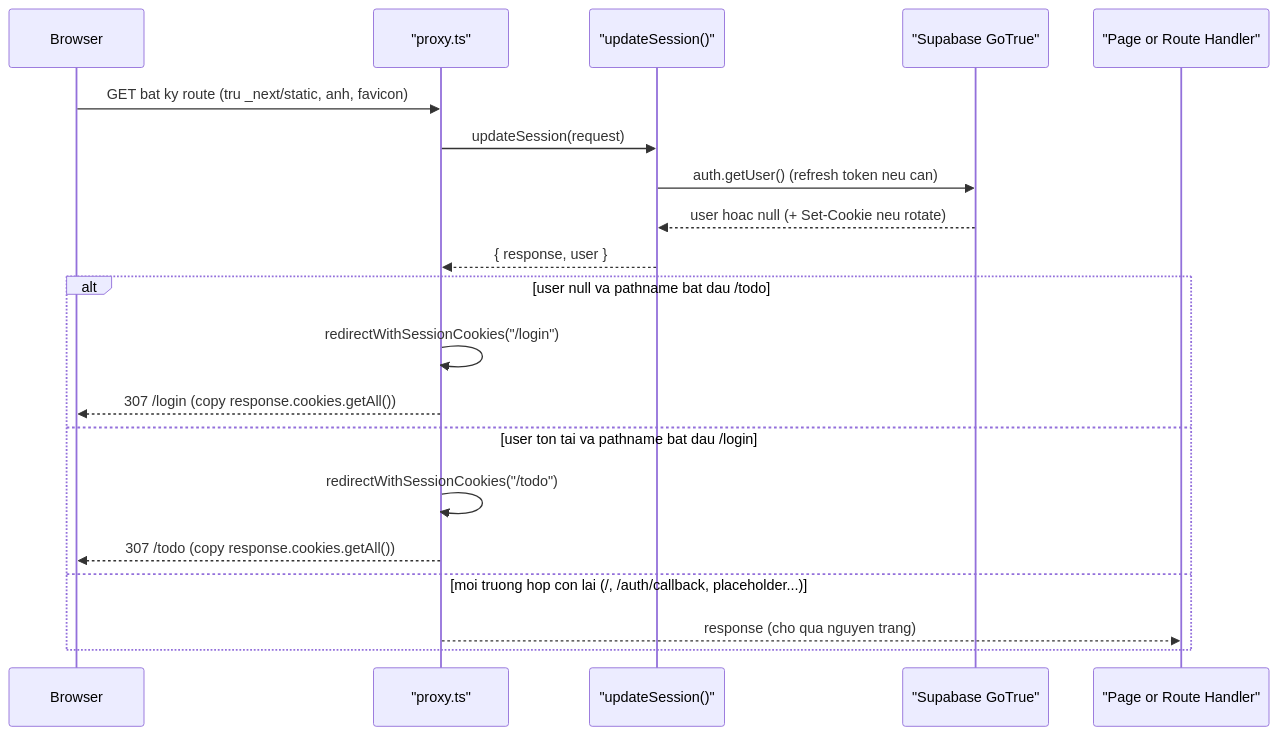
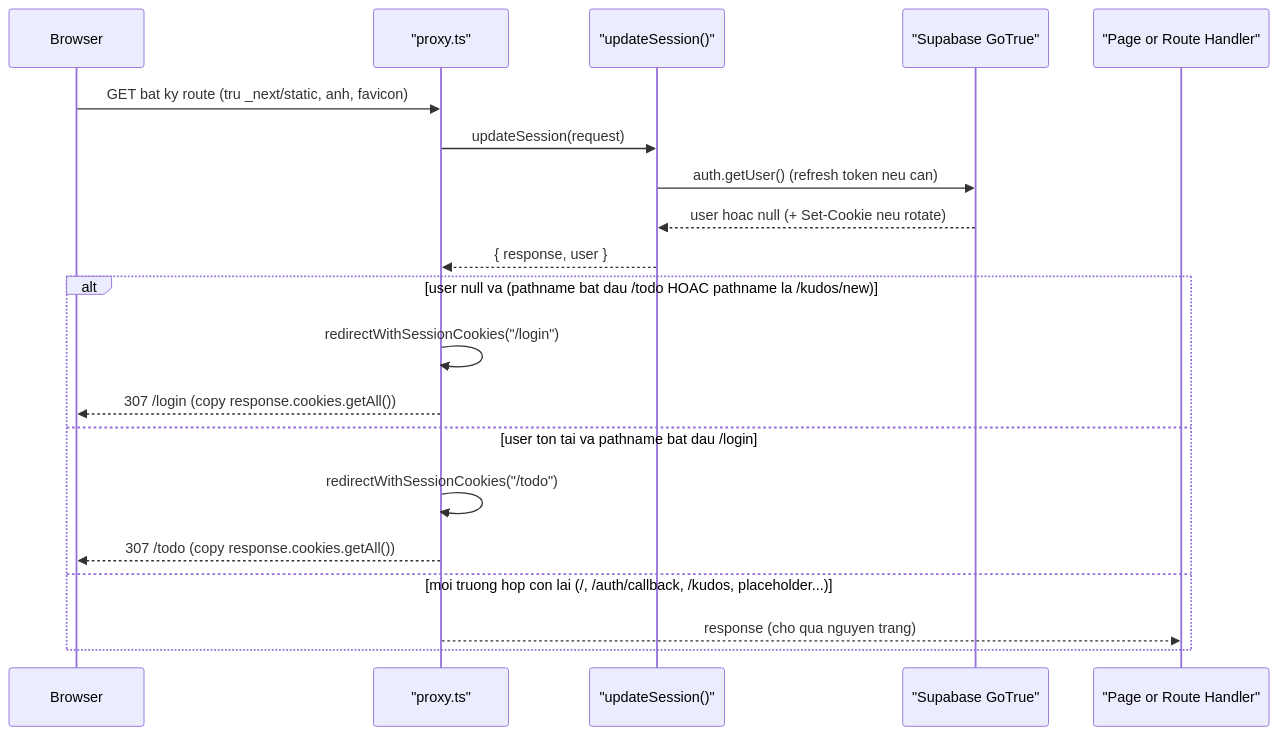
Before and after one commit to dungnv-2032/agentic-coding-hands-on: the diagram in docs/flows/session-refresh-and-route-guarding.md, drawn with Mermaid. The commit also changed other lines of this file and 15 other files, not shown here.

````diff
--- a/docs/flows/session-refresh-and-route-guarding.md
+++ b/docs/flows/session-refresh-and-route-guarding.md
@@ -16,23 +18,23 @@
 ```mermaid
 sequenceDiagram
     participant B as Browser
     participant P as "proxy.ts"
     participant U as "updateSession()"
     participant S as "Supabase GoTrue"
     participant Page as "Page or Route Handler"
 
     B->>P: GET bat ky route (tru _next/static, anh, favicon)
     P->>U: updateSession(request)
     U->>S: auth.getUser() (refresh token neu can)
     S-->>U: user hoac null (+ Set-Cookie neu rotate)
     U-->>P: { response, user }
-    alt user null va pathname bat dau /todo
+    alt user null va (pathname bat dau /todo HOAC pathname la /kudos/new)
         P->>P: redirectWithSessionCookies("/login")
         P-->>B: 307 /login (copy response.cookies.getAll())
     else user ton tai va pathname bat dau /login
         P->>P: redirectWithSessionCookies("/todo")
         P-->>B: 307 /todo (copy response.cookies.getAll())
-    else moi truong hop con lai (/, /auth/callback, placeholder...)
+    else moi truong hop con lai (/, /auth/callback, /kudos, placeholder...)
         P-->>Page: response (cho qua nguyen trang)
     end
 ```
````
